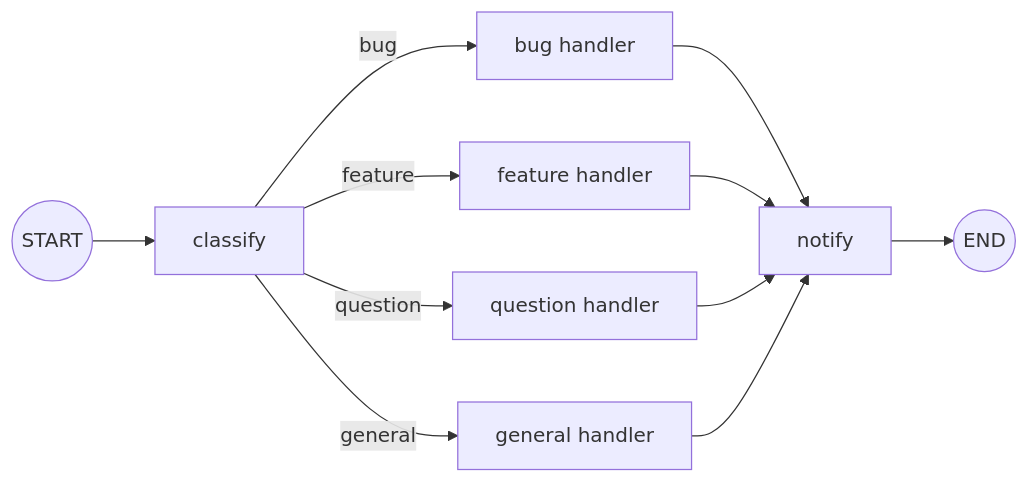
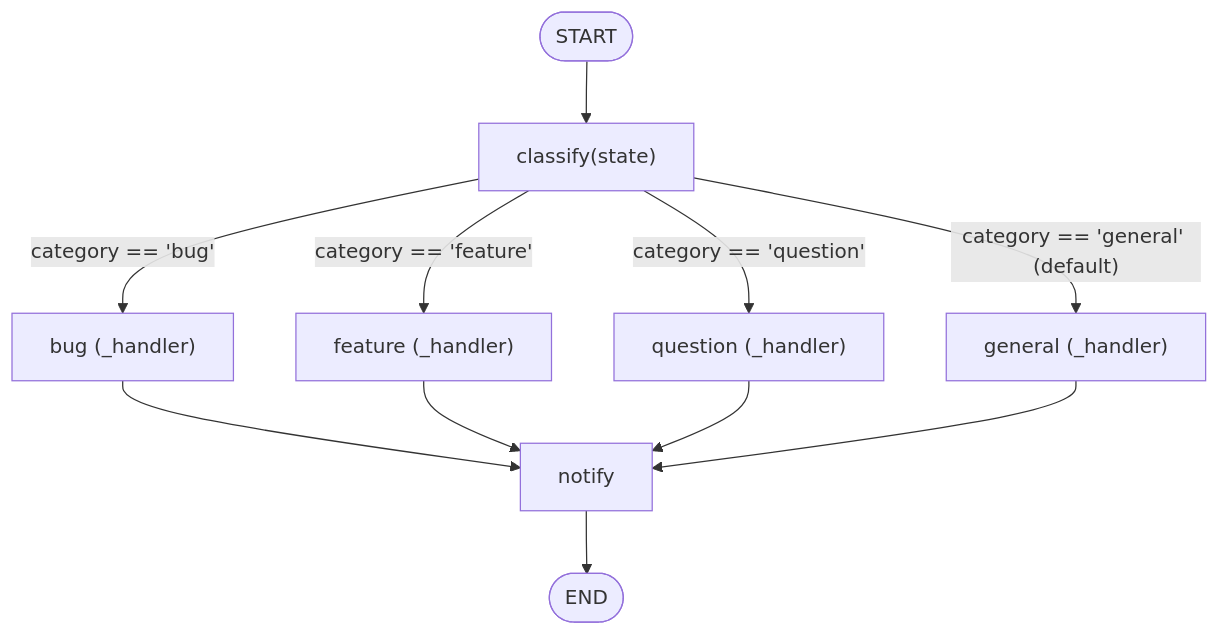
One commit to xergioalex/agent-lab changed the first of 2 diagrams in src/11_graph_branching/README.md. Above: the diagram before and after it, drawn with Mermaid. The commit also changed other lines of this file and 64 other files, not shown here.

First line of the commit message:
docs(docs): premium Mermaid diagram pass on all 64 module READMEs

````diff
--- a/src/11_graph_branching/README.md
+++ b/src/11_graph_branching/README.md
@@ -47,13 +47,13 @@
 ```mermaid
-graph LR
-    START((START)) --> classify[classify]
-    classify -->|bug| bug[bug handler]
-    classify -->|feature| feature[feature handler]
-    classify -->|question| question[question handler]
-    classify -->|general| general[general handler]
-    bug --> notify[notify]
+flowchart TD
+    START([START]) --> classify["classify(state)"]
+    classify -->|"category == 'bug'"| bug["bug (_handler)"]
+    classify -->|"category == 'feature'"| feature["feature (_handler)"]
+    classify -->|"category == 'question'"| question["question (_handler)"]
+    classify -->|"category == 'general' (default)"| general["general (_handler)"]
+    bug --> notify["notify"]
     feature --> notify
     question --> notify
     general --> notify
-    notify --> END((END))
+    notify --> END([END])
 ```
````
